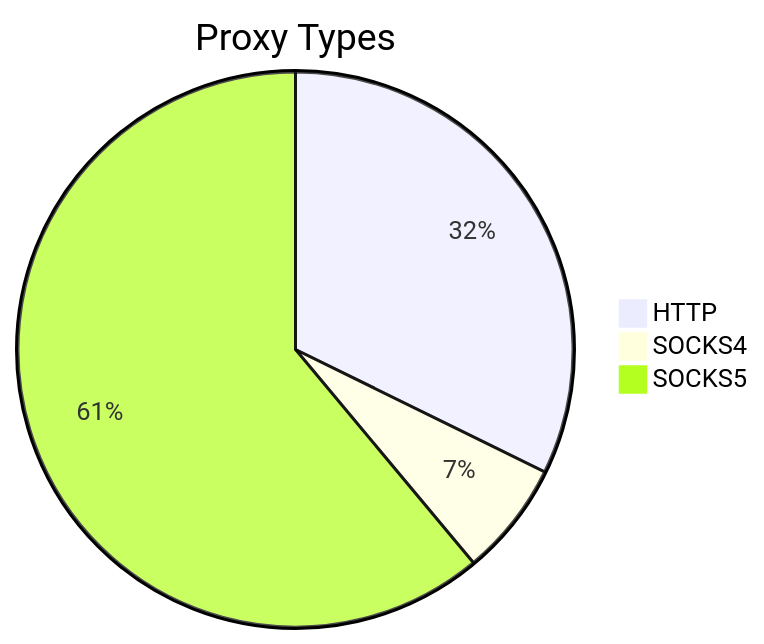
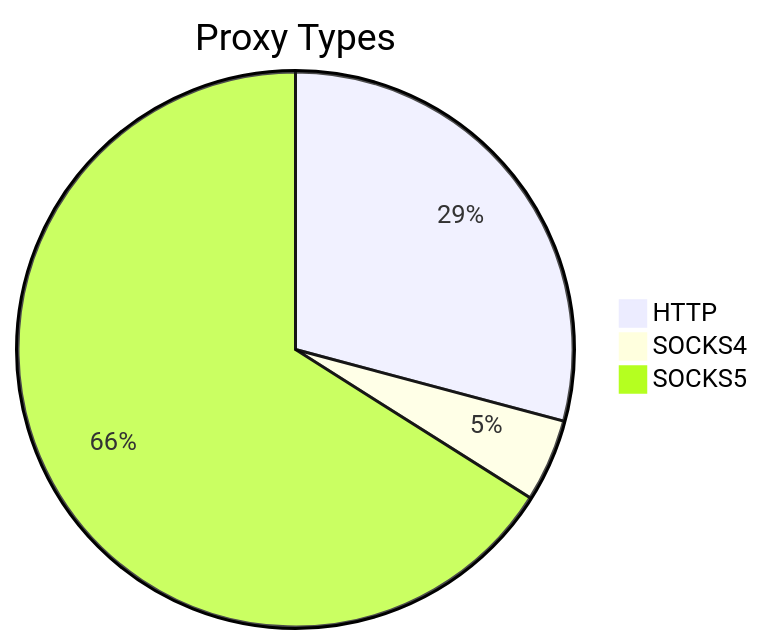
The first of 2 diagrams in README.md (stormsia/proxy-list), drawn with Mermaid before and after one commit. The commit also changed other lines of this file, not shown here.

````diff
--- a/README.md
+++ b/README.md
@@ -21,6 +21,6 @@
 ```mermaid
 pie title Proxy Types
     "HTTP" : 121
-    "SOCKS4" : 25
-    "SOCKS5" : 229
+    "SOCKS4" : 20
+    "SOCKS5" : 274
 ```
````
